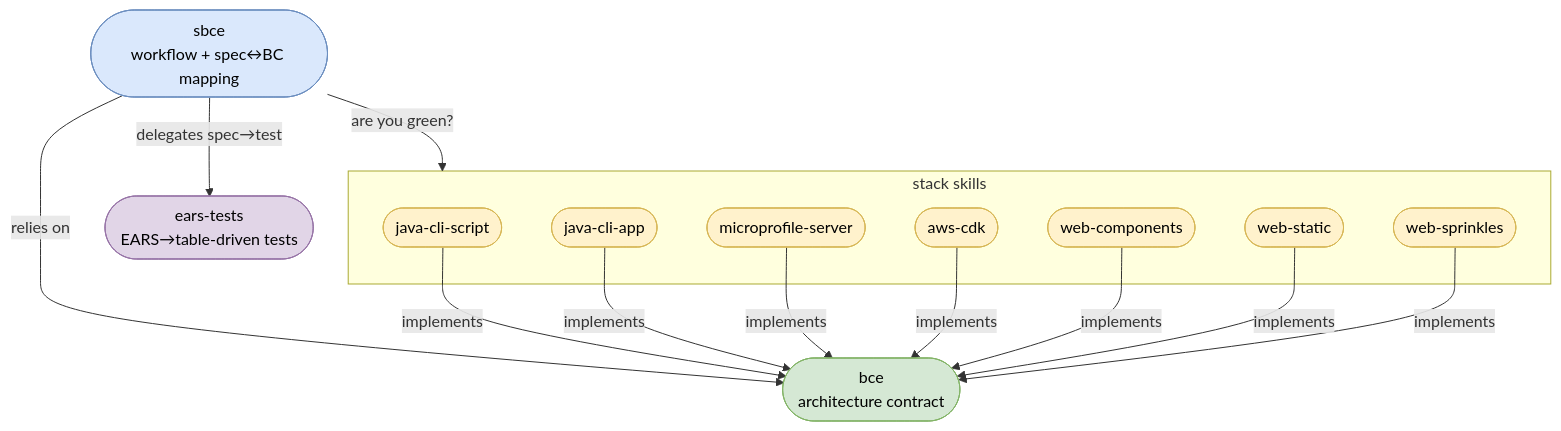
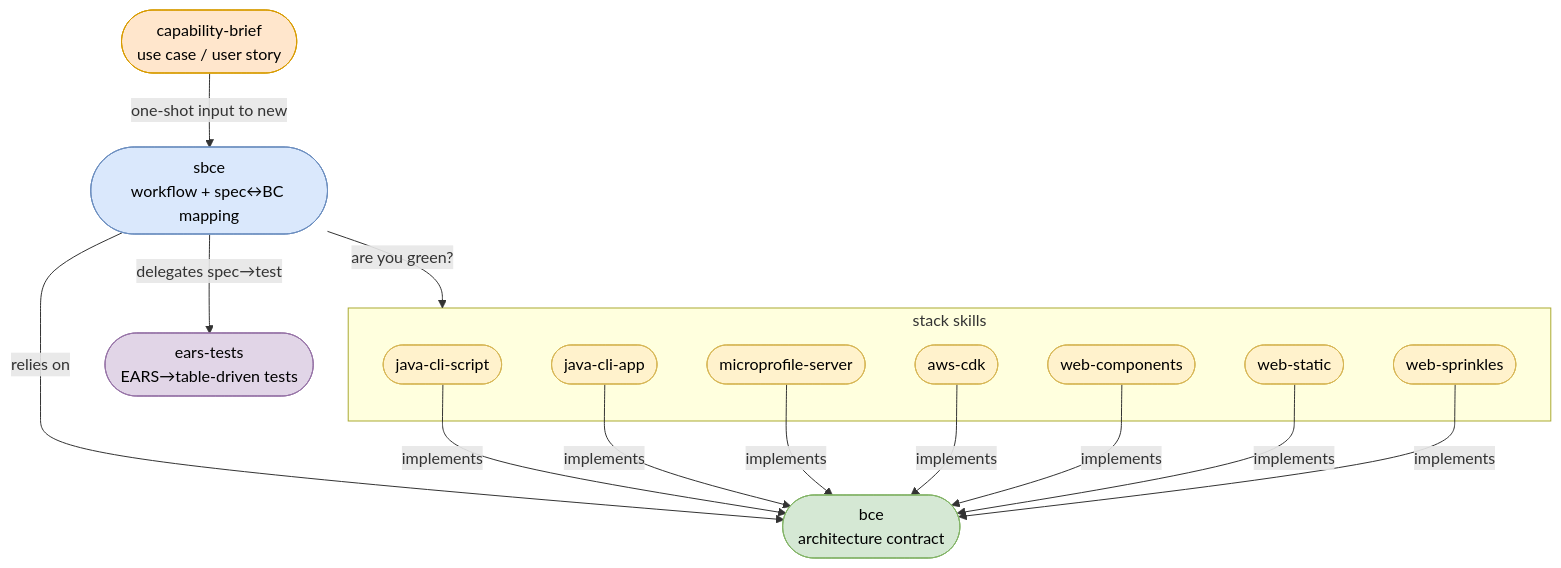
One commit to AdamBien/airails changed the diagram in bce/sbce/README.md. Above: the diagram before and after it, drawn with Mermaid. The commit also changed other lines of this file and 2 other files, not shown here.

Commit message:
capability brief skill referenced

````diff
--- a/bce/sbce/README.md
+++ b/bce/sbce/README.md
@@ -40,36 +42,40 @@
 ```mermaid
 graph TD
     SBCE([sbce<br>workflow + spec↔BC mapping])
     BCE([bce<br>architecture contract])
     EARS([ears-tests<br>EARS→table-driven tests])
+    Brief([capability-brief<br>use case / user story])
 
     subgraph StackSkills[stack skills]
         JavaScript([java-cli-script])
         JavaCli([java-cli-app])
         MicroProfile([microprofile-server])
         AwsCdk([aws-cdk])
         WebComponents([web-components])
         WebStatic([web-static])
         WebSprinkles([web-sprinkles])
     end
 
+    Brief -->|one-shot input to new| SBCE
     SBCE -->|relies on| BCE
     SBCE -->|delegates spec→test| EARS
     SBCE -->|"are you green?"| StackSkills
     JavaScript -->|implements| BCE
     JavaCli -->|implements| BCE
     MicroProfile -->|implements| BCE
     AwsCdk -->|implements| BCE
     WebComponents -->|implements| BCE
     WebStatic -->|implements| BCE
     WebSprinkles -->|implements| BCE
 
     classDef workflow fill:#dae8fc,stroke:#6c8ebf,color:#000
     classDef contract fill:#d5e8d4,stroke:#82b366,color:#000
     classDef transform fill:#e1d5e7,stroke:#9673a6,color:#000
     classDef stack fill:#fff2cc,stroke:#d6b656,color:#000
+    classDef intent fill:#ffe6cc,stroke:#d79b00,color:#000
     class SBCE workflow
+    class Brief intent
     class BCE contract
     class EARS transform
     class JavaScript,JavaCli,MicroProfile,AwsCdk,WebComponents,WebStatic,WebSprinkles stack
 ```
````
